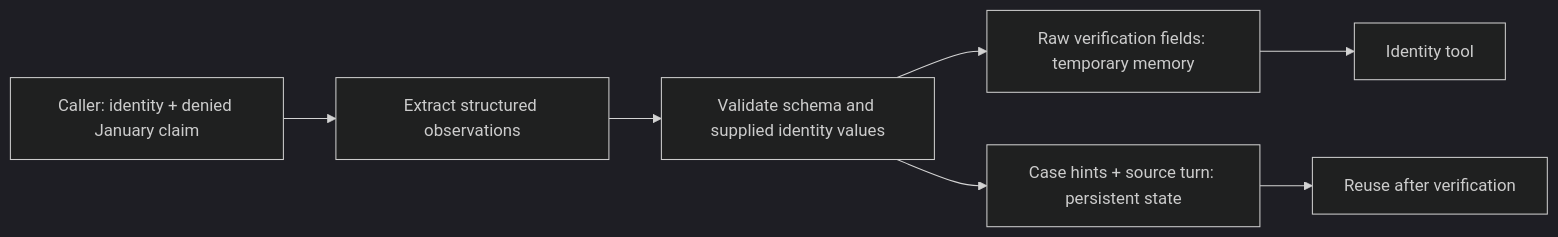
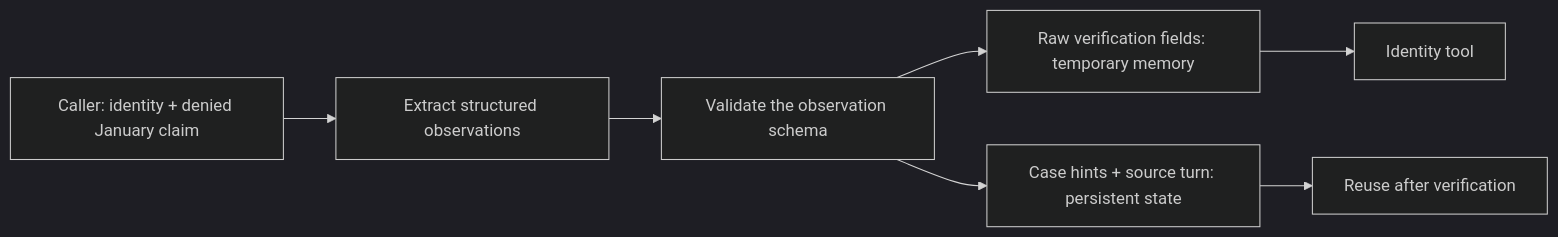
One commit to XinhaoTheo/insurance-claims-sop-agent changed the third of 10 diagrams in docs/architecture.md. Above: the diagram before and after it, drawn with Mermaid (dark theme). The commit also changed other lines of this file and 1 other file, not shown here.

````diff
--- a/docs/architecture.md
+++ b/docs/architecture.md
@@ -33,9 +65,9 @@
 ```mermaid
 flowchart LR
     Utterance["Caller: identity + denied January claim"] --> Extract["Extract structured observations"]
-    Extract --> Validate["Validate schema and supplied identity values"]
+    Extract --> Validate["Validate the observation schema"]
     Validate --> PII["Raw verification fields: temporary memory"]
     Validate --> Hints["Case hints + source turn: persistent state"]
     Hints --> Later["Reuse after verification"]
     PII --> Verify["Identity tool"]
 ```
````
